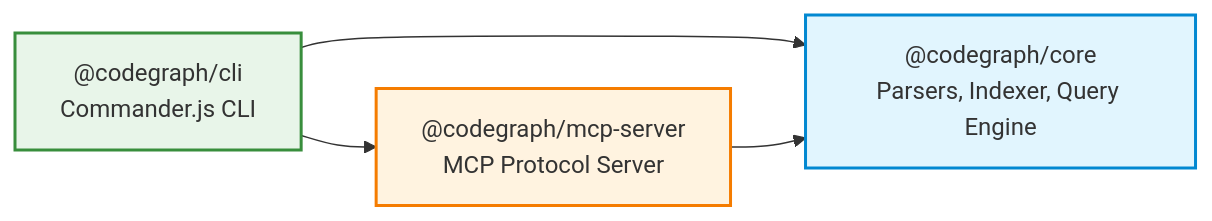
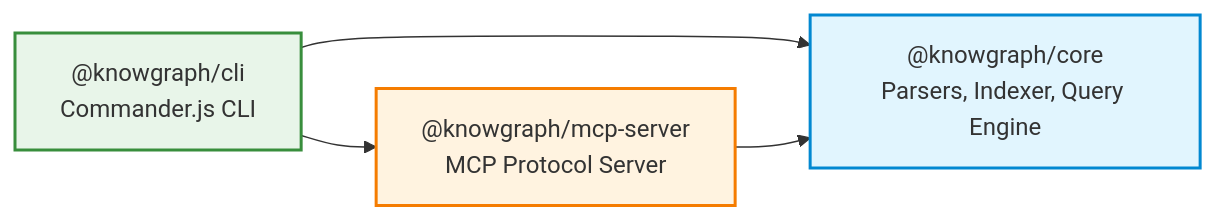
Before and after one commit to idosams/know-know: the second of 12 diagrams in docs/README.md, drawn with Mermaid. The commit also changed other lines of this file and 107 other files, not shown here.

First line of the commit message:
refactor: rename codegraph to knowgraph across entire project (#8)

````diff
--- a/docs/README.md
+++ b/docs/README.md
@@ -93,14 +93,14 @@
 ```mermaid
 graph LR
-    CLI["@codegraph/cli<br/>Commander.js CLI"]
-    MCP["@codegraph/mcp-server<br/>MCP Protocol Server"]
-    CORE["@codegraph/core<br/>Parsers, Indexer, Query Engine"]
+    CLI["@knowgraph/cli<br/>Commander.js CLI"]
+    MCP["@knowgraph/mcp-server<br/>MCP Protocol Server"]
+    CORE["@knowgraph/core<br/>Parsers, Indexer, Query Engine"]
 
     CLI --> CORE
     CLI --> MCP
     MCP --> CORE
 
     style CORE fill:#e1f5fe,stroke:#0288d1,stroke-width:2px
     style CLI fill:#e8f5e9,stroke:#388e3c,stroke-width:2px
     style MCP fill:#fff3e0,stroke:#f57c00,stroke-width:2px
 ```
````
